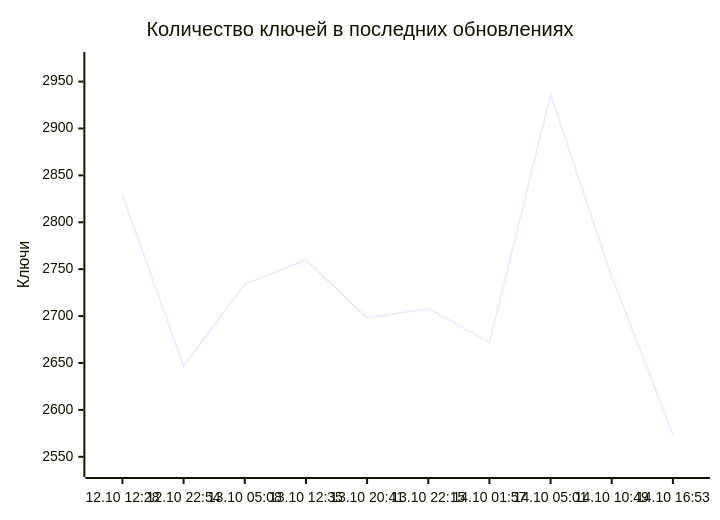
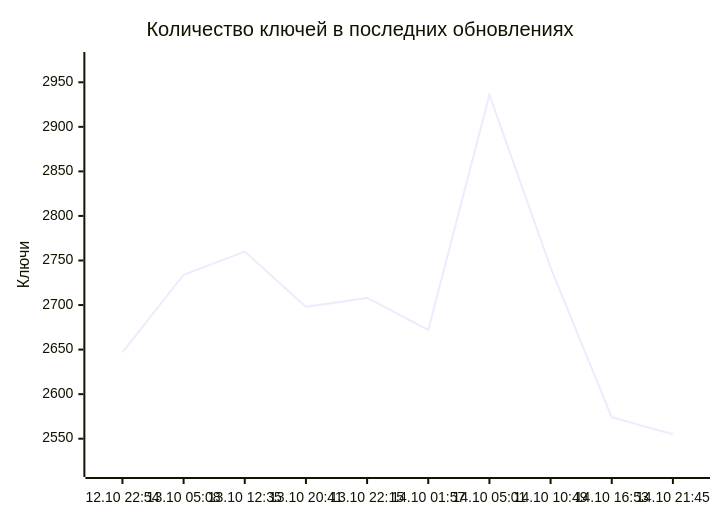
One commit to markKikhtenko/WireVeil changed the diagram in README.md. Above: the diagram before and after it, drawn with Mermaid. The commit also changed other lines of this file and 13 other files, not shown here.

````diff
--- a/README.md
+++ b/README.md
@@ -55,7 +55,7 @@
 ```mermaid
 xychart-beta
     title "Количество ключей в последних обновлениях"
-    x-axis ["12.10 12:28", "12.10 22:54", "13.10 05:08", "13.10 12:35", "13.10 20:41", "13.10 22:15", "14.10 01:57", "14.10 05:01", "14.10 10:49", "14.10 16:53"]
-    y-axis "Ключи" 2537 --> 2973
-    line [2829, 2647, 2734, 2760, 2698, 2708, 2672, 2936, 2742, 2574]
+    x-axis ["12.10 22:54", "13.10 05:08", "13.10 12:35", "13.10 20:41", "13.10 22:15", "14.10 01:57", "14.10 05:01", "14.10 10:49", "14.10 16:53", "14.10 21:45"]
+    y-axis "Ключи" 2516 --> 2975
+    line [2647, 2734, 2760, 2698, 2708, 2672, 2936, 2742, 2574, 2555]
 ```
````
